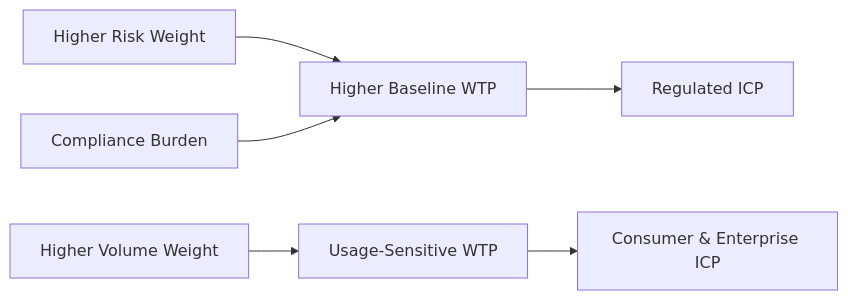
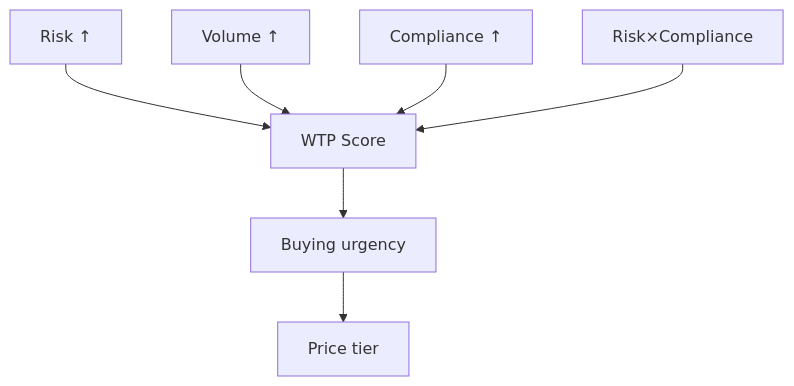
Before and after one commit to frankterpo/mermaidchart_prezi: the third of 10 diagrams in presentation/white_circle_prezi.md, drawn with Mermaid. The commit also changed other lines of this file and 7 other files, not shown here.

````diff
--- a/presentation/white_circle_prezi.md
+++ b/presentation/white_circle_prezi.md
@@ -184,8 +164,9 @@
 ```mermaid
-graph LR
-    A[Higher Risk Weight] --> B[Higher Baseline WTP]
-    C[Higher Volume Weight] --> D[Usage-Sensitive WTP]
-    E[Compliance Burden] --> B
-    B --> F[Regulated ICP]
-    D --> G[Consumer & Enterprise ICP]
+flowchart TB
+    R[Risk ↑] --> S[WTP Score]
+    V[Volume ↑] --> S
+    C[Compliance ↑] --> S
+    RC[Risk×Compliance] --> S
+    S --> T[Buying urgency]
+    T --> P[Price tier]
 ```
````
